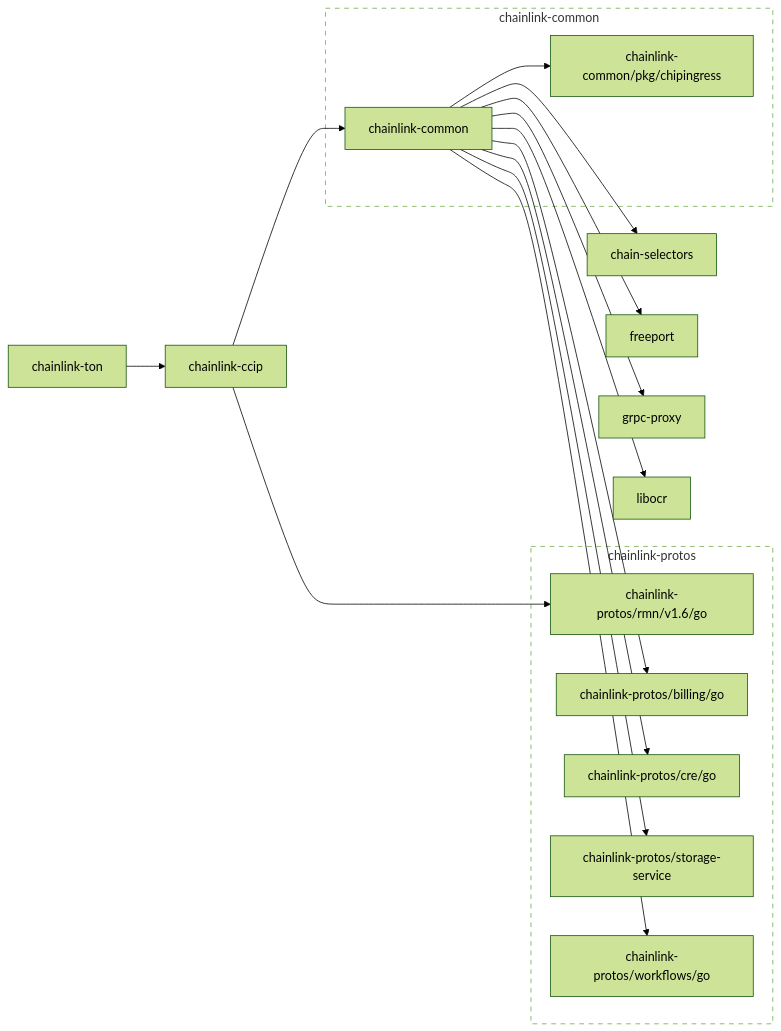
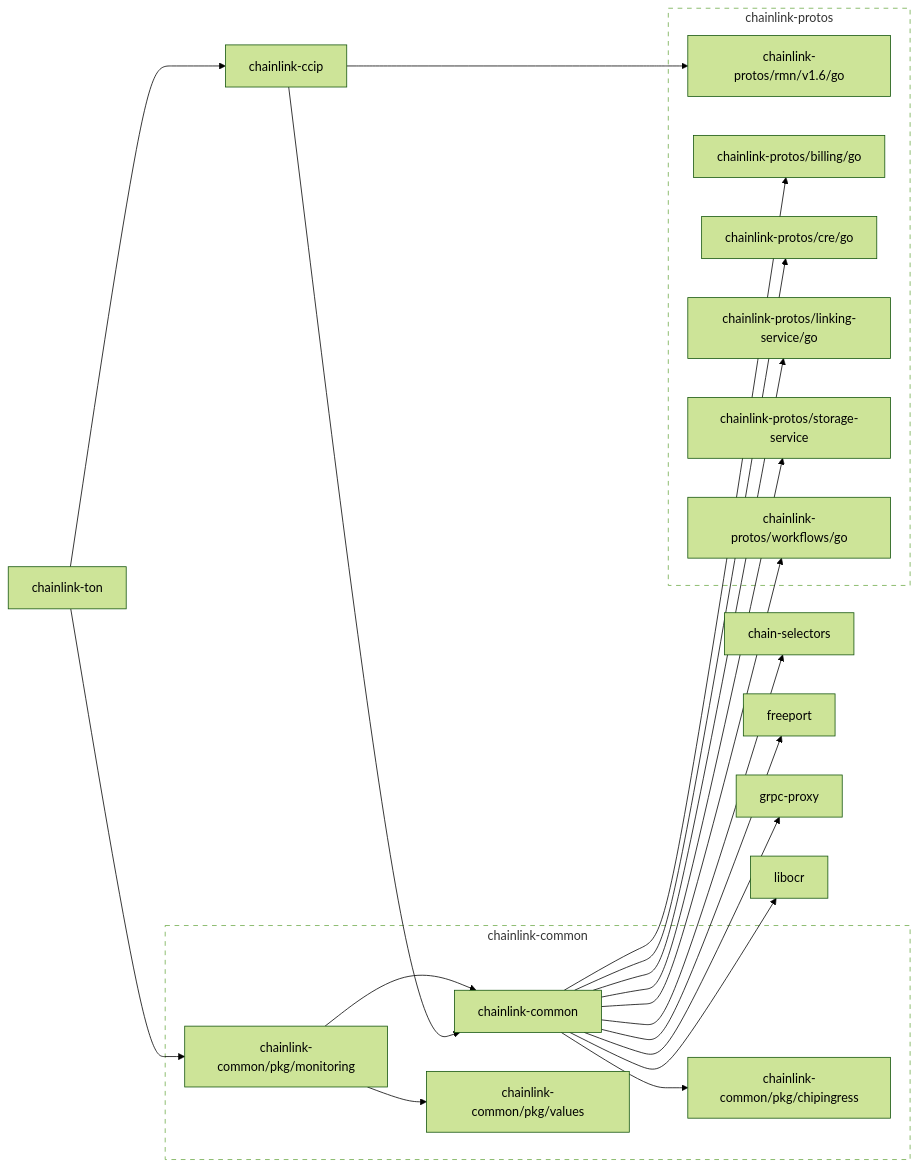
Before and after one commit to smartcontractkit/chainlink-ton: the first of 2 diagrams in go.md, drawn with Mermaid (forest theme). The commit also changed other lines of this file, not shown here.

Commit message:
regen modgraph

````diff
--- a/go.md
+++ b/go.md
@@ -3,57 +3,69 @@
 ```mermaid
 flowchart LR
 
 	chain-selectors
 	click chain-selectors href "https://github.com/smartcontractkit/chain-selectors"
 	chainlink-ccip --> chainlink-common
 	chainlink-ccip --> chainlink-protos/rmn/v1.6/go
 	click chainlink-ccip href "https://github.com/smartcontractkit/chainlink-ccip"
 	chainlink-common --> chain-selectors
 	chainlink-common --> chainlink-common/pkg/chipingress
 	chainlink-common --> chainlink-protos/billing/go
 	chainlink-common --> chainlink-protos/cre/go
+	chainlink-common --> chainlink-protos/linking-service/go
 	chainlink-common --> chainlink-protos/storage-service
 	chainlink-common --> chainlink-protos/workflows/go
 	chainlink-common --> freeport
 	chainlink-common --> grpc-proxy
 	chainlink-common --> libocr
 	click chainlink-common href "https://github.com/smartcontractkit/chainlink-common"
 	chainlink-common/pkg/chipingress
 	click chainlink-common/pkg/chipingress href "https://github.com/smartcontractkit/chainlink-common"
+	chainlink-common/pkg/monitoring --> chainlink-common
+	chainlink-common/pkg/monitoring --> chainlink-common/pkg/values
+	click chainlink-common/pkg/monitoring href "https://github.com/smartcontractkit/chainlink-common"
+	chainlink-common/pkg/values
+	click chainlink-common/pkg/values href "https://github.com/smartcontractkit/chainlink-common"
 	chainlink-protos/billing/go
 	click chainlink-protos/billing/go href "https://github.com/smartcontractkit/chainlink-protos"
 	chainlink-protos/cre/go
 	click chainlink-protos/cre/go href "https://github.com/smartcontractkit/chainlink-protos"
+	chainlink-protos/linking-service/go
+	click chainlink-protos/linking-service/go href "https://github.com/smartcontractkit/chainlink-protos"
 	chainlink-protos/rmn/v1.6/go
 	click chainlink-protos/rmn/v1.6/go href "https://github.com/smartcontractkit/chainlink-protos"
 	chainlink-protos/storage-service
 	click chainlink-protos/storage-service href "https://github.com/smartcontractkit/chainlink-protos"
 	chainlink-protos/workflows/go
 	click chainlink-protos/workflows/go href "https://github.com/smartcontractkit/chainlink-protos"
 	chainlink-ton --> chainlink-ccip
+	chainlink-ton --> chainlink-common/pkg/monitoring
 	click chainlink-ton href "https://github.com/smartcontractkit/chainlink-ton"
 	freeport
 	click freeport href "https://github.com/smartcontractkit/freeport"
 	grpc-proxy
 	click grpc-proxy href "https://github.com/smartcontractkit/grpc-proxy"
 	libocr
 	click libocr href "https://github.com/smartcontractkit/libocr"
 
 	subgraph chainlink-common-repo[chainlink-common]
 		 chainlink-common
 		 chainlink-common/pkg/chipingress
+		 chainlink-common/pkg/monitoring
+		 chainlink-common/pkg/values
 	end
 	click chainlink-common-repo href "https://github.com/smartcontractkit/chainlink-common"
 
 	subgraph chainlink-protos-repo[chainlink-protos]
 		 chainlink-protos/billing/go
 		 chainlink-protos/cre/go
+		 chainlink-protos/linking-service/go
 		 chainlink-protos/rmn/v1.6/go
 		 chainlink-protos/storage-service
 		 chainlink-protos/workflows/go
 	end
 	click chainlink-protos-repo href "https://github.com/smartcontractkit/chainlink-protos"
 
 	classDef outline stroke-dasharray:6,fill:none;
 	class chainlink-common-repo,chainlink-protos-repo outline
 ```
````
